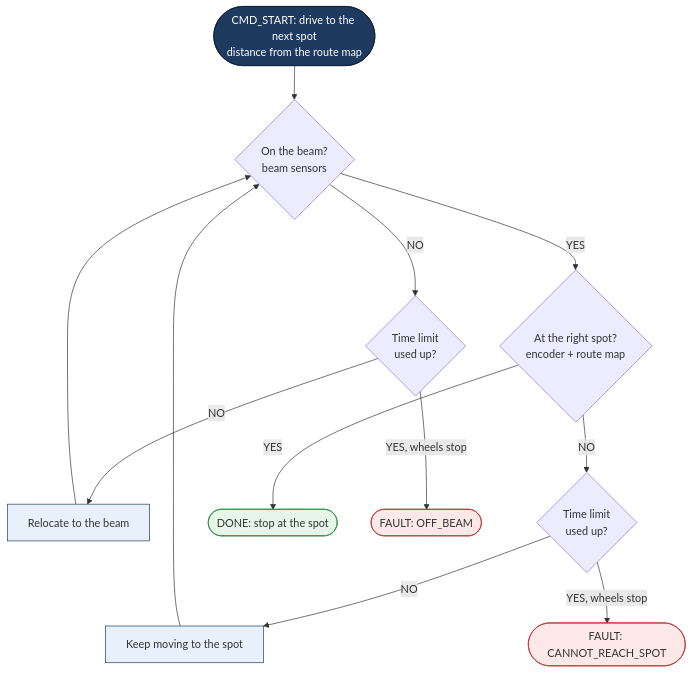
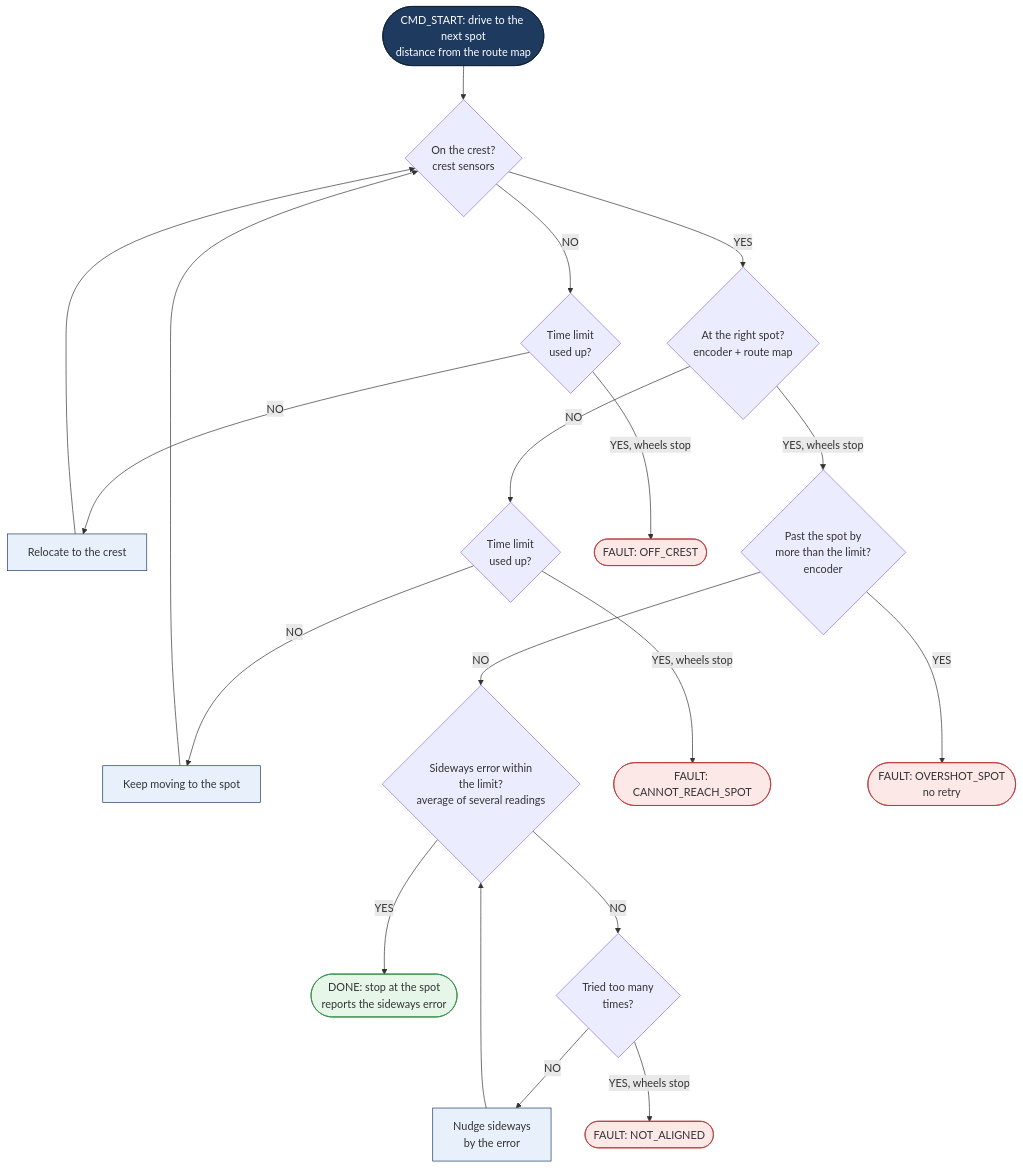
The diagram in docs/diagrams/subsystems/S1_locomotion_straight.mmd (bnielse6/robotrac), drawn with Mermaid before and after one commit. The commit also changed 70 other files, not shown here.

```diff
--- a/docs/diagrams/subsystems/S1_locomotion_straight.mmd
+++ b/docs/diagrams/subsystems/S1_locomotion_straight.mmd
@@ -1,24 +1,36 @@
 flowchart TD
   classDef start fill:#1f3a5f,color:#fff,stroke:#0b1d33
   classDef ok fill:#e6f7e9,stroke:#2a8a3e
   classDef bad fill:#fde8e8,stroke:#b33
   classDef act fill:#e8f0fb,stroke:#1f3a5f
   A([CMD_START: drive to the next spot<br/>distance from the route map]):::start
-  B{On the beam?<br/>beam sensors}
+  B{On the crest?<br/>crest sensors}
   C{Time limit<br/>used up?}
-  D[Relocate to the beam]:::act
+  D[Relocate to the crest]:::act
   E{At the right spot?<br/>encoder + route map}
   F{Time limit<br/>used up?}
   G[Keep moving to the spot]:::act
-  H([DONE: stop at the spot]):::ok
-  X1([FAULT: OFF_BEAM]):::bad
+  P{Past the spot by<br/>more than the limit?<br/>encoder}
+  H([DONE: stop at the spot<br/>reports the sideways error]):::ok
+  AL{Sideways error within<br/>the limit?<br/>average of several readings}
+  LA{Tried too many<br/>times?}
+  NU[Nudge sideways<br/>by the error]:::act
+  X1([FAULT: OFF_CREST]):::bad
   X2([FAULT: CANNOT_REACH_SPOT]):::bad
+  X3([FAULT: OVERSHOT_SPOT<br/>no retry]):::bad
+  X4([FAULT: NOT_ALIGNED]):::bad
   A --> B
   B -- NO --> C
   C -- NO --> D --> B
   C -- YES, wheels stop --> X1
   B -- YES --> E
   E -- NO --> F
   F -- NO --> G --> B
   F -- YES, wheels stop --> X2
-  E -- YES --> H
+  E -- YES, wheels stop --> P
+  P -- NO --> AL
+  AL -- YES --> H
+  AL -- NO --> LA
+  LA -- NO --> NU --> AL
+  LA -- YES, wheels stop --> X4
+  P -- YES --> X3
```
